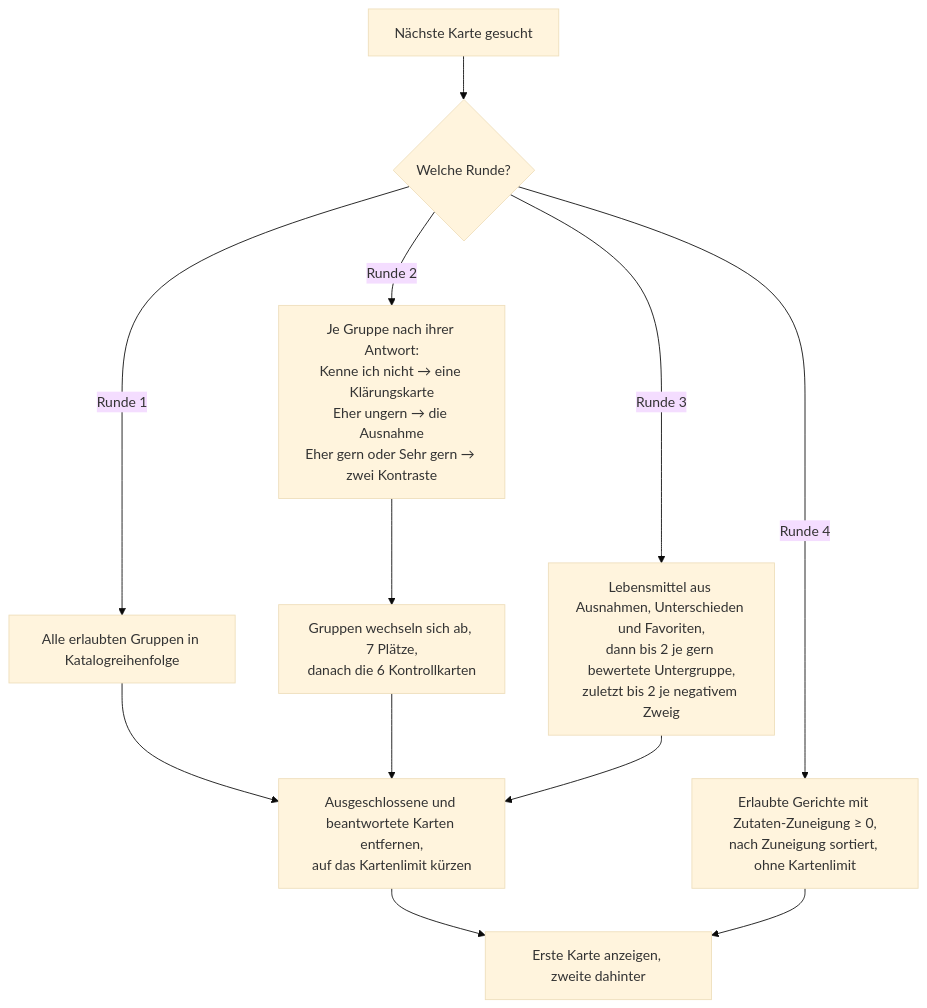
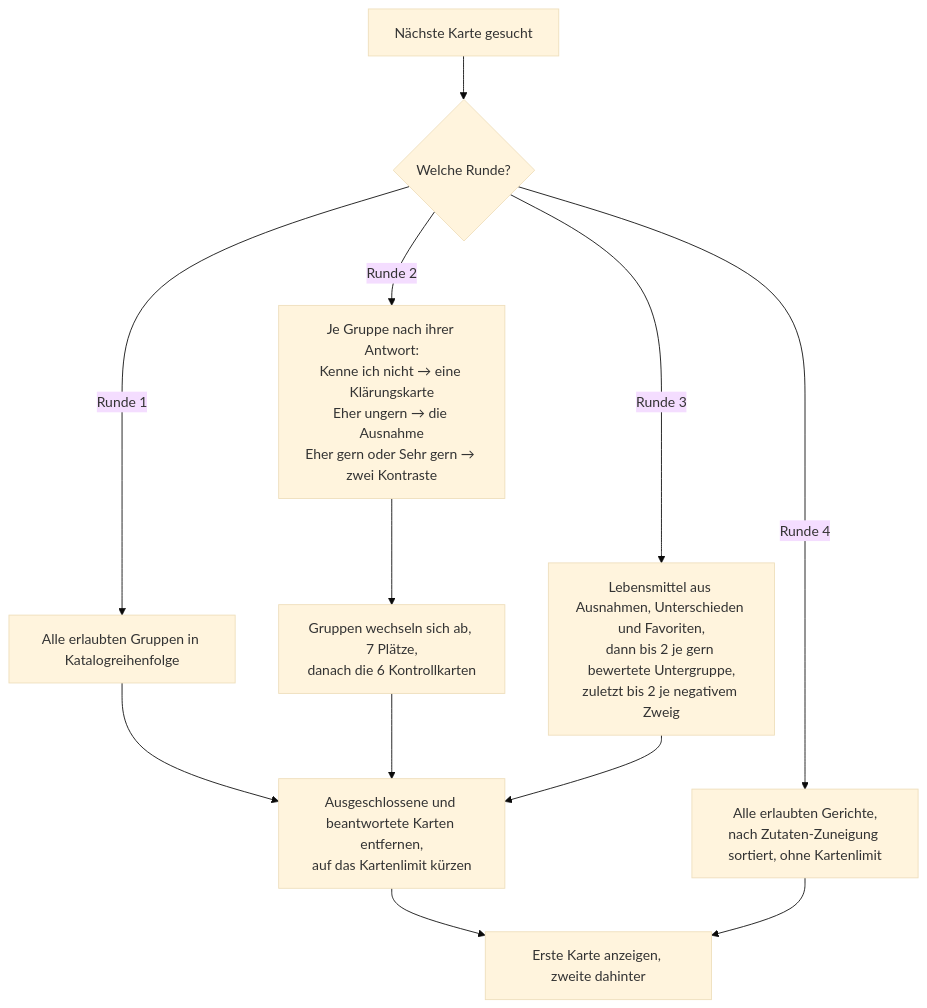
Before and after one commit to kerisan-jeg/geschmacksprofil-50plus: the third of 6 diagrams in docs/05_Flowcharts.md, drawn with Mermaid (base theme). The commit also changed other lines of this file and 68 other files, not shown here.

First line of the commit message:
Runde 4 ohne Geschmacksfilter, „Runde beenden“ von Anfang an, 42 neue Gerichte mit Fotos (64 statt 22)

````diff
--- a/docs/05_Flowcharts.md
+++ b/docs/05_Flowcharts.md
@@ -72,12 +72,12 @@
 ```mermaid
 flowchart TD
   A["Nächste Karte gesucht"] --> B{"Welche Runde?"}
   B -- "Runde 1" --> C["Alle erlaubten Gruppen in Katalogreihenfolge"]
   B -- "Runde 2" --> D["Je Gruppe nach ihrer Antwort:<br/>Kenne ich nicht → eine Klärungskarte<br/>Eher ungern → die Ausnahme<br/>Eher gern oder Sehr gern → zwei Kontraste"]
   D --> D2["Gruppen wechseln sich ab, 7 Plätze,<br/>danach die 6 Kontrollkarten"]
   B -- "Runde 3" --> E["Lebensmittel aus Ausnahmen, Unterschieden und Favoriten,<br/>dann bis 2 je gern bewertete Untergruppe,<br/>zuletzt bis 2 je negativem Zweig"]
-  B -- "Runde 4" --> F["Erlaubte Gerichte mit Zutaten-Zuneigung ≥ 0,<br/>nach Zuneigung sortiert, ohne Kartenlimit"]
+  B -- "Runde 4" --> F["Alle erlaubten Gerichte,<br/>nach Zutaten-Zuneigung sortiert, ohne Kartenlimit"]
   C & D2 & E --> G["Ausgeschlossene und beantwortete Karten entfernen,<br/>auf das Kartenlimit kürzen"]
   G --> H["Erste Karte anzeigen, zweite dahinter"]
   F --> H
 ```
````
